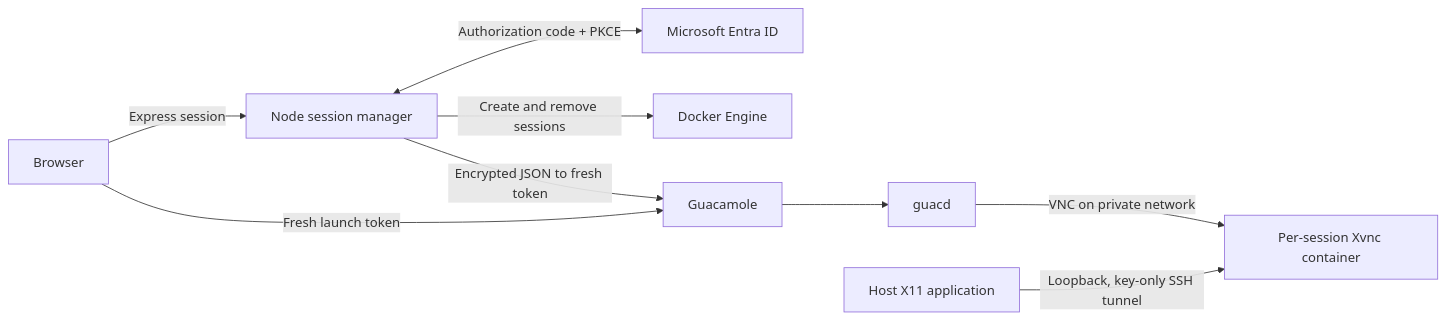
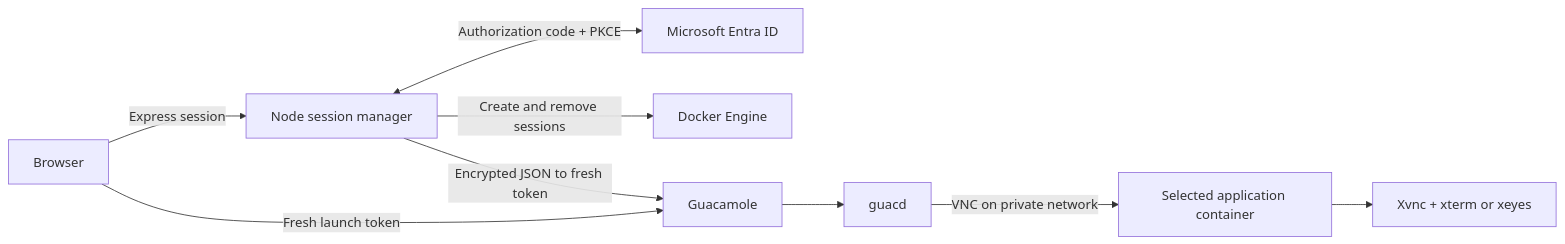
Before and after one commit to khowling/x11-to-html: the diagram in README.md, drawn with Mermaid. The commit also changed other lines of this file and 26 other files, not shown here.

````diff
--- a/README.md
+++ b/README.md
@@ -9,11 +9,11 @@
 ```mermaid
 flowchart LR
     B[Browser] -->|Express session| N[Node session manager]
     N <-->|Authorization code + PKCE| E[Microsoft Entra ID]
     N -->|Create and remove sessions| D[Docker Engine]
     N -->|Encrypted JSON to fresh token| G[Guacamole]
     B -->|Fresh launch token| G
     G --> Q[guacd]
-    Q -->|VNC on private network| X[Per-session Xvnc container]
-    H[Host X11 application] -->|Loopback, key-only SSH tunnel| X
+    Q -->|VNC on private network| X[Selected application container]
+    X --> A[Xvnc + xterm or xeyes]
 ```
````
